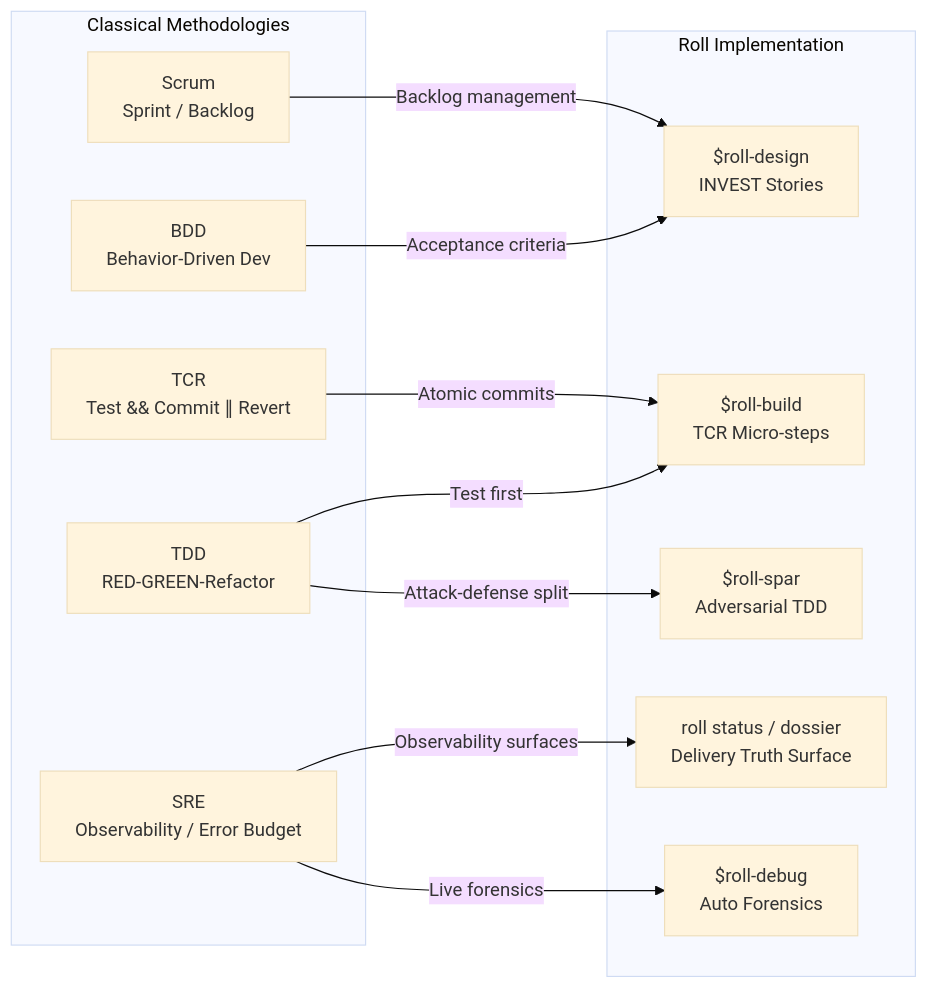
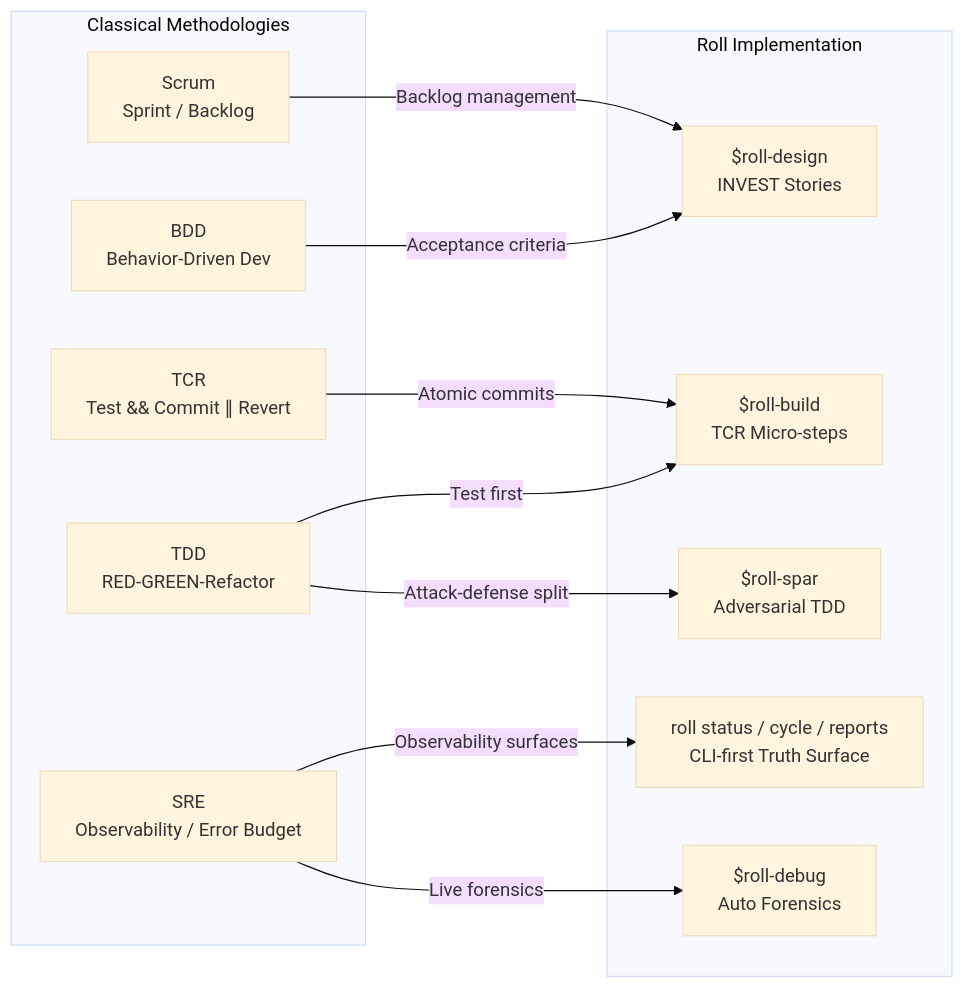
The second of 2 diagrams in guide/en/methodology.md (seanyao/roll), drawn with Mermaid (base theme) before and after one commit. The commit also changed other lines of this file and 73 other files, not shown here.

First line of the commit message:
v4: Supervisor + Story Execution Architecture (US-V4-001..010) (#1068)

````diff
--- a/guide/en/methodology.md
+++ b/guide/en/methodology.md
@@ -532,26 +539,26 @@
 ```mermaid
 graph LR
     subgraph "Classical Methodologies"
         BDD["BDD<br/>Behavior-Driven Dev"]
         S["Scrum<br/>Sprint / Backlog"]
         T["TDD<br/>RED-GREEN-Refactor"]
         TCR["TCR<br/>Test && Commit ∥ Revert"]
         SRE["SRE<br/>Observability / Error Budget"]
     end
 
     subgraph "Roll Implementation"
         D["$roll-design<br/>INVEST Stories"]
         SB["$roll-build<br/>TCR Micro-steps"]
         SP["$roll-spar<br/>Adversarial TDD"]
-        ST["roll status / dossier<br/>Delivery Truth Surface"]
+        ST["roll status / cycle / reports<br/>CLI-first Truth Surface"]
         BB["$roll-debug<br/>Auto Forensics"]
     end
 
     BDD -->|"Acceptance criteria"| D
     S -->|"Backlog management"| D
     T -->|"Test first"| SB
     TCR -->|"Atomic commits"| SB
     T -->|"Attack-defense split"| SP
     SRE -->|"Observability surfaces"| ST
     SRE -->|"Live forensics"| BB
 ```
````
